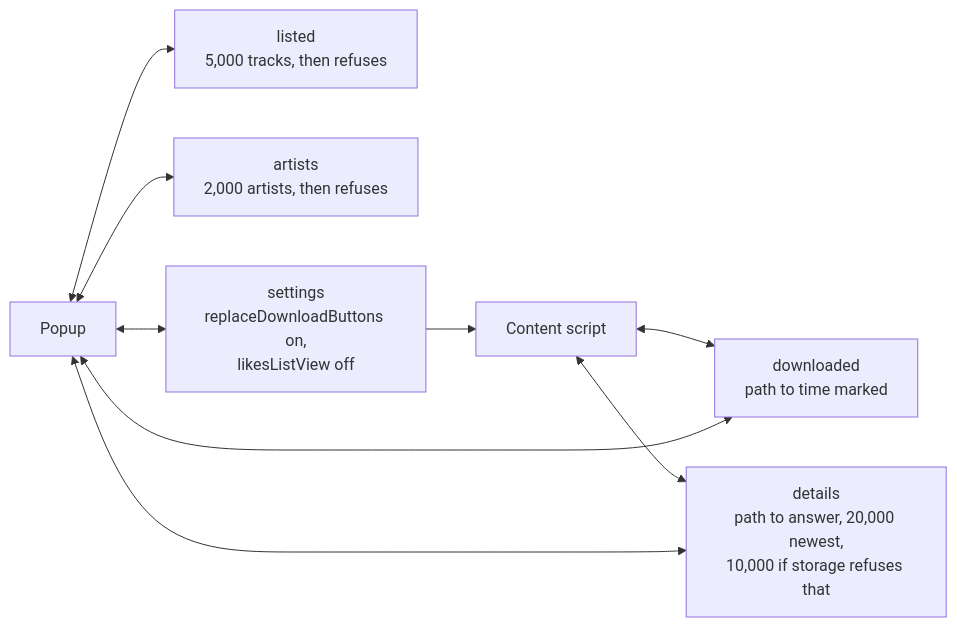
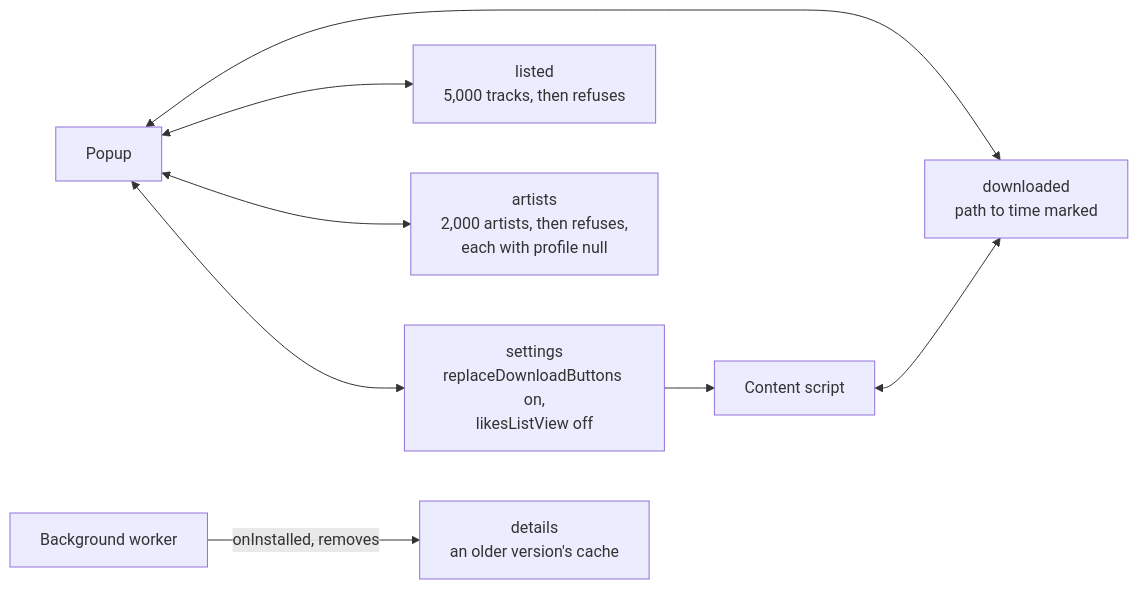
One commit to cutenode/localnetwork changed the first of 9 diagrams in apps/localtoolbox/docs/diagrams/state.md. Above: the diagram before and after it, drawn with Mermaid. The commit also changed other lines of this file and 65 other files, not shown here.

````diff
--- a/apps/localtoolbox/docs/diagrams/state.md
+++ b/apps/localtoolbox/docs/diagrams/state.md
@@ -19,19 +19,19 @@
 ```mermaid
 flowchart LR
   Content["Content script"]
   Popup["Popup"]
+  Worker["Background worker"]
   Downloaded["downloaded<br/>path to time marked"]
-  Details["details<br/>path to answer, 20,000 newest,<br/>10,000 if storage refuses that"]
   Listed["listed<br/>5,000 tracks, then refuses"]
-  Artists["artists<br/>2,000 artists, then refuses"]
+  Artists["artists<br/>2,000 artists, then refuses,<br/>each with profile null"]
   Settings["settings<br/>replaceDownloadButtons on,<br/>likesListView off"]
+  Old["details<br/>an older version's cache"]
 
   Content <--> Downloaded
-  Content <--> Details
   Settings --> Content
   Popup <--> Downloaded
-  Popup <--> Details
   Popup <--> Listed
   Popup <--> Artists
   Popup <--> Settings
+  Worker -->|"onInstalled, removes"| Old
 ```
````
